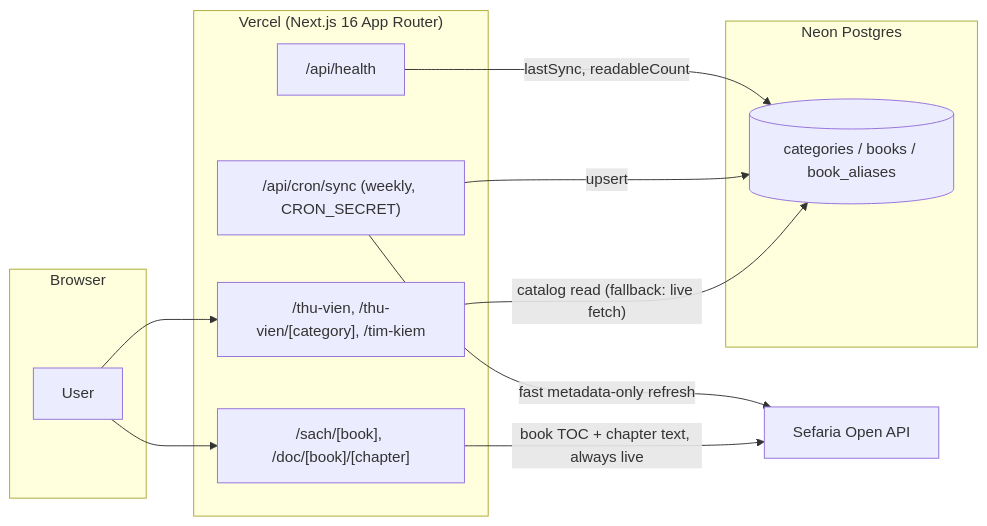
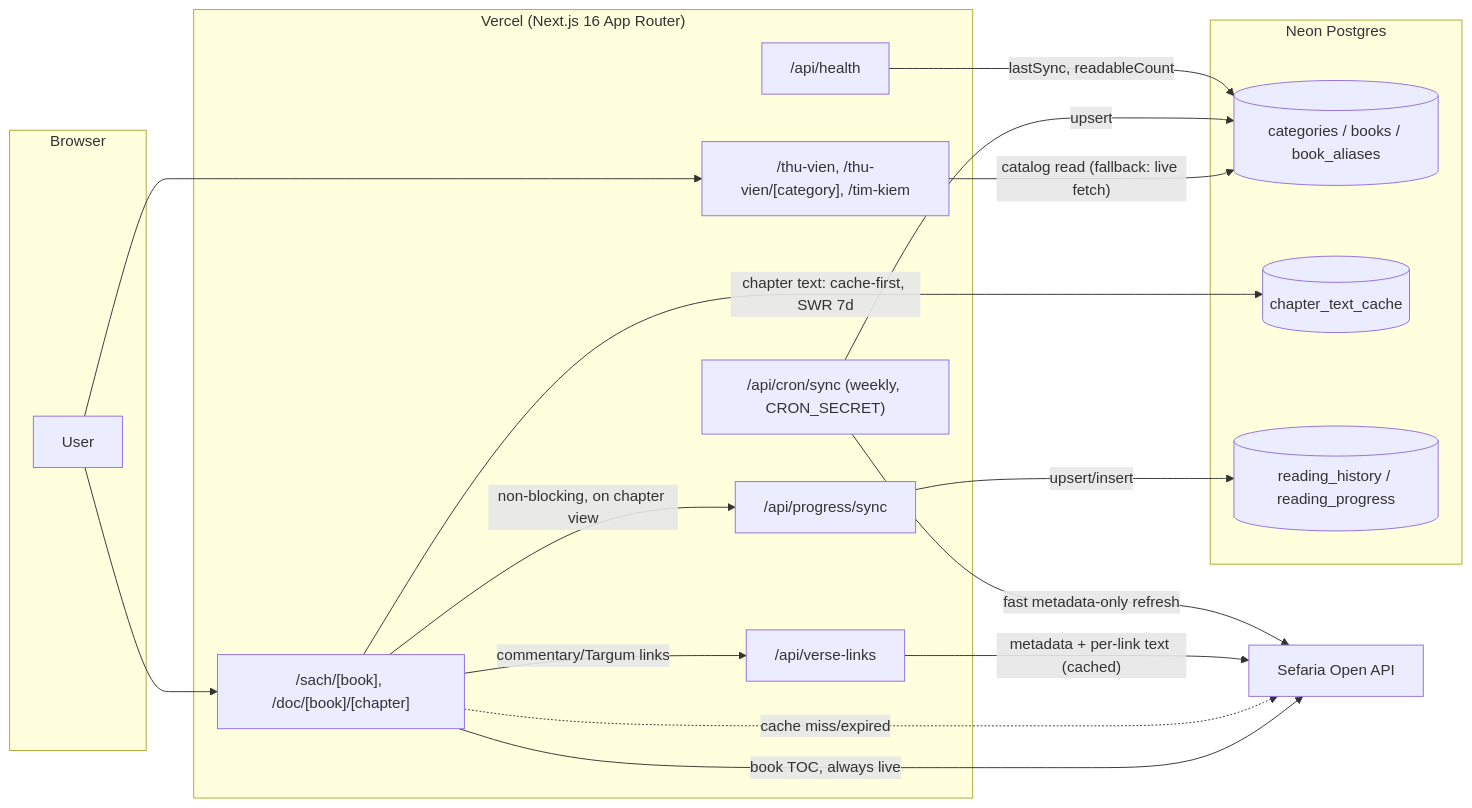
One commit to minhtai0611/israeli-inspired-3d-book-website changed the diagram in README.md. Above: the diagram before and after it, drawn with Mermaid. The commit also changed other lines of this file, not shown here.

Commit message:
docs: document reader progress sync, chapter cache, verse search, commentary drawer

````diff
--- a/README.md
+++ b/README.md
@@ -42,24 +53,34 @@
 ```mermaid
 flowchart LR
     subgraph Browser
         U[User]
     end
     subgraph Vercel["Vercel (Next.js 16 App Router)"]
         Browse["/thu-vien, /thu-vien/[category], /tim-kiem"]
         Read["/sach/[book], /doc/[book]/[chapter]"]
+        ProgressAPI["/api/progress/sync"]
+        LinksAPI["/api/verse-links"]
         Cron["/api/cron/sync (weekly, CRON_SECRET)"]
         Health["/api/health"]
     end
     subgraph Neon["Neon Postgres"]
         DB[(categories / books / book_aliases)]
+        Cache[(chapter_text_cache)]
+        Reader[(reading_history / reading_progress)]
     end
     Sefaria["Sefaria Open API"]
 
     U --> Browse
     U --> Read
     Browse -- "catalog read (fallback: live fetch)" --> DB
-    Read -- "book TOC + chapter text, always live" --> Sefaria
+    Read -- "book TOC, always live" --> Sefaria
+    Read -- "chapter text: cache-first, SWR 7d" --> Cache
+    Read -. "cache miss/expired" .-> Sefaria
+    Read -- "commentary/Targum links" --> LinksAPI
+    LinksAPI -- "metadata + per-link text (cached)" --> Sefaria
+    Read -- "non-blocking, on chapter view" --> ProgressAPI
+    ProgressAPI -- "upsert/insert" --> Reader
     Cron -- "fast metadata-only refresh" --> Sefaria
     Cron -- "upsert" --> DB
     Health -- "lastSync, readableCount" --> DB
 ```
````
